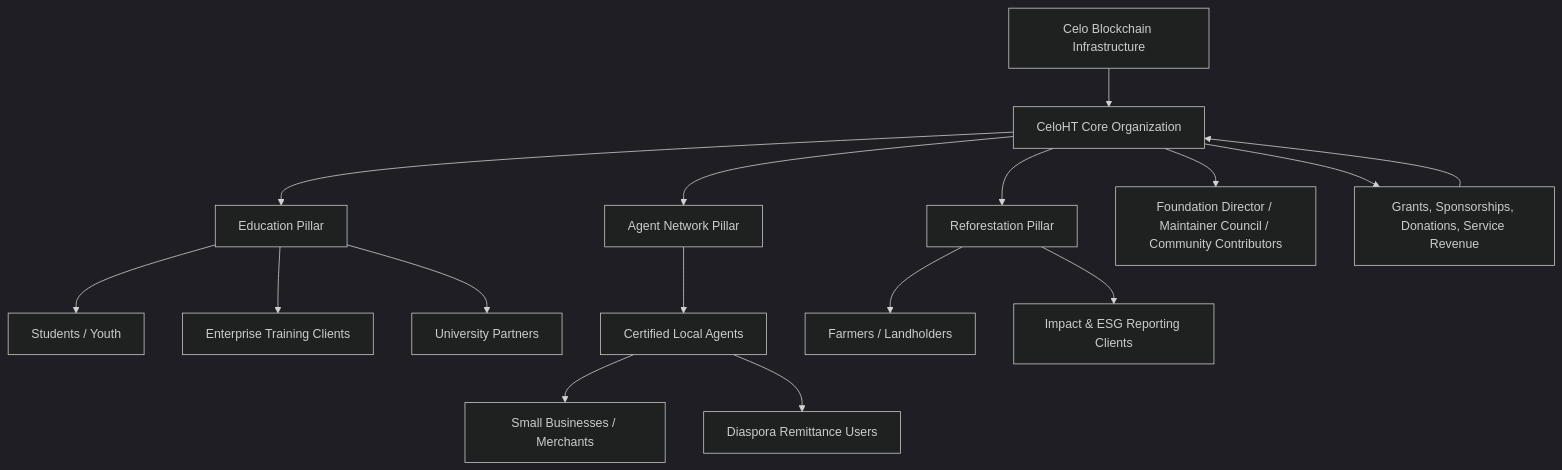
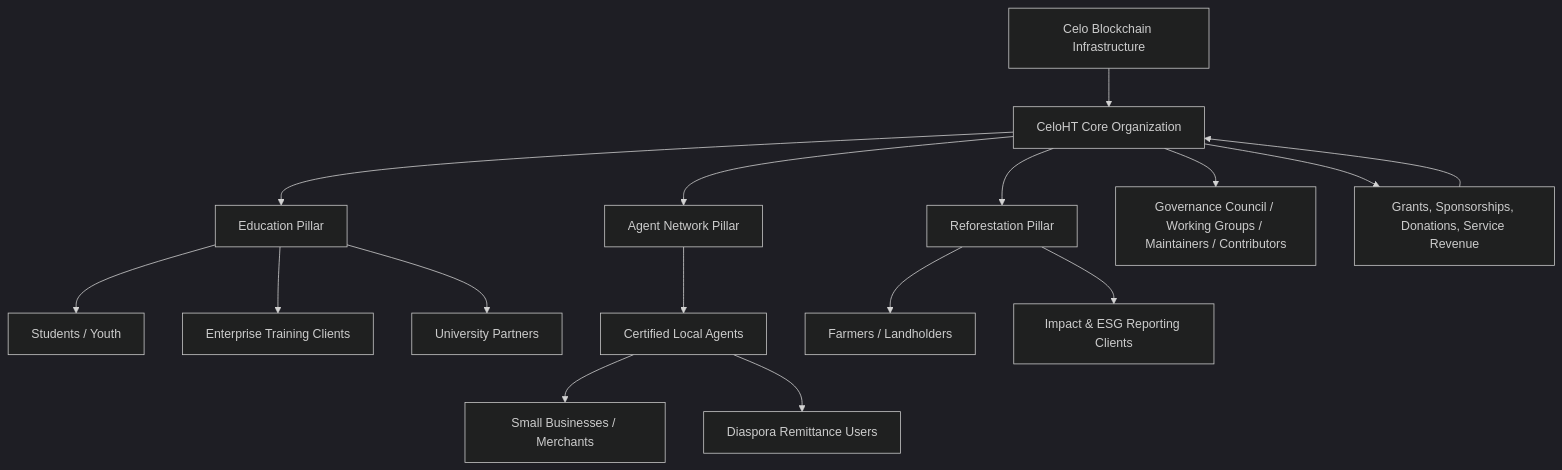
The second of 7 diagrams in BUSINESS.md (Celo-HaiTi/celoht-research), drawn with Mermaid (dark theme) before and after one commit. The commit also changed other lines of this file and 10 other files, not shown here.

````diff
--- a/BUSINESS.md
+++ b/BUSINESS.md
@@ -166,22 +166,22 @@
 ```mermaid
 flowchart TD
     Celo[Celo Blockchain Infrastructure] --> CeloHT[CeloHT Core Organization]
     CeloHT --> Edu[Education Pillar]
     CeloHT --> Agent[Agent Network Pillar]
     CeloHT --> Reforest[Reforestation Pillar]
 
     Edu --> Students[Students / Youth]
     Edu --> Enterprises[Enterprise Training Clients]
     Edu --> Universities[University Partners]
 
     Agent --> LocalAgents[Certified Local Agents]
     LocalAgents --> Merchants[Small Businesses / Merchants]
     LocalAgents --> Diaspora[Diaspora Remittance Users]
 
     Reforest --> Farmers[Farmers / Landholders]
     Reforest --> ImpactReports[Impact & ESG Reporting Clients]
 
-    CeloHT --> Governance[Foundation Director / Maintainer Council / Community Contributors]
+    CeloHT --> Governance[Governance Council / Working Groups / Maintainers / Contributors]
     CeloHT --> Funding[Grants, Sponsorships, Donations, Service Revenue]
     Funding --> CeloHT
 ```
````
